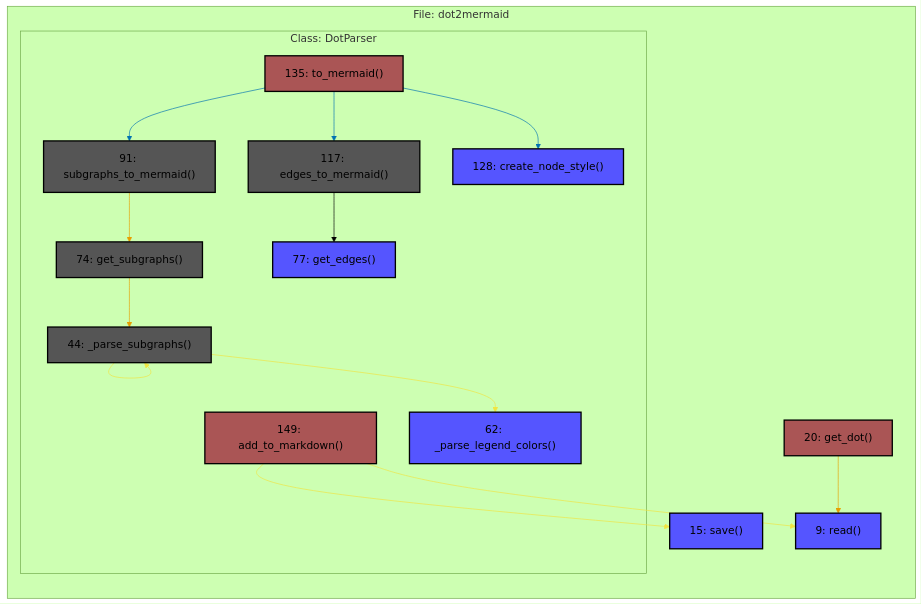
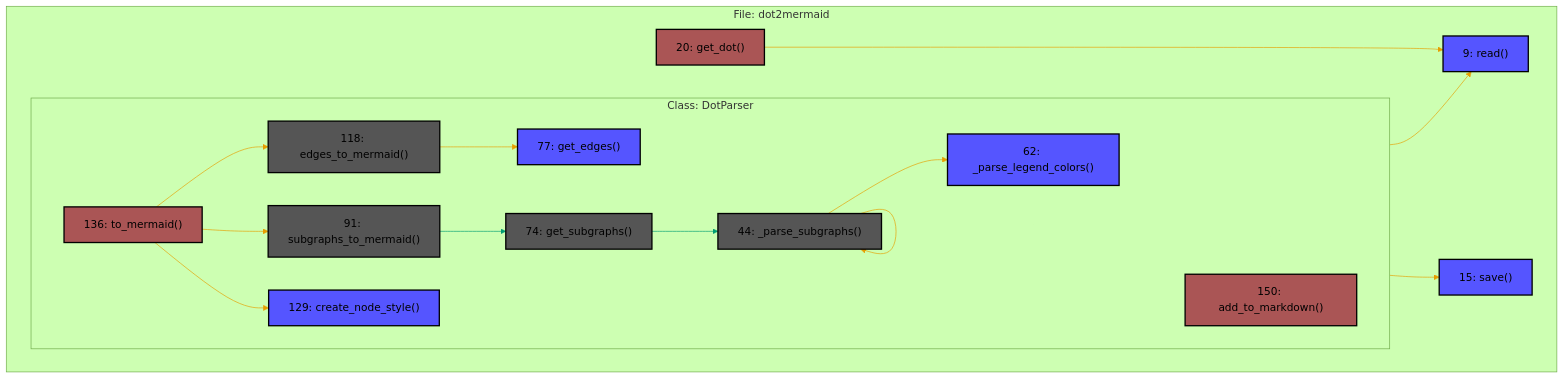
Before and after one commit to HoseynAAmiri/dot2mermaid: the diagram in README.md, drawn with Mermaid (forest theme). The commit also changed 2 other files, not shown here.

Commit message:
init package

````diff
--- a/README.md
+++ b/README.md
@@ -33,60 +33,62 @@
 ```mermaid
 graph LR
     %% Subgraphs
     subgraph File: dot2mermaid
+        direction LR
         subgraph Class: DotParser
-            node_eb797174["62: _parse_legend_colors()"]:::leaf
-            node_1c8038fc["44: _parse_subgraphs()"]:::filled
-            node_3f7b9c44["149: add_to_markdown()"]:::trunk
-            node_f9f1c152["128: create_node_style()"]:::leaf
-            node_3208e0e0["117: edges_to_mermaid()"]:::filled
-            node_801bb883["77: get_edges()"]:::leaf
-            node_f0610ee1["74: get_subgraphs()"]:::filled
-            node_591e81b1["91: subgraphs_to_mermaid()"]:::filled
-            node_97d1ba45["135: to_mermaid()"]:::trunk
+                direction LR
+                node_22df8e62["62: _parse_legend_colors()"]:::leaf
+                node_5f8b35b1["44: _parse_subgraphs()"]:::filled
+                node_5497ea49["150: add_to_markdown()"]:::trunk
+                node_02ca0a3f["129: create_node_style()"]:::leaf
+                node_51d03dd9["118: edges_to_mermaid()"]:::filled
+                node_16523e49["77: get_edges()"]:::leaf
+                node_5c227bbb["74: get_subgraphs()"]:::filled
+                node_d13d141b["91: subgraphs_to_mermaid()"]:::filled
+                node_2dadf109["136: to_mermaid()"]:::trunk
         end
-        node_eb797174["62: _parse_legend_colors()"]:::leaf
-        node_1c8038fc["44: _parse_subgraphs()"]:::filled
-        node_3f7b9c44["149: add_to_markdown()"]:::trunk
-        node_f9f1c152["128: create_node_style()"]:::leaf
-        node_3208e0e0["117: edges_to_mermaid()"]:::filled
-        node_801bb883["77: get_edges()"]:::leaf
-        node_f0610ee1["74: get_subgraphs()"]:::filled
-        node_591e81b1["91: subgraphs_to_mermaid()"]:::filled
-        node_97d1ba45["135: to_mermaid()"]:::trunk
-        node_74fde869["20: get_dot()"]:::trunk
-        node_a7893f35["9: read()"]:::leaf
-        node_9f9b9383["15: save()"]:::leaf
+        node_22df8e62["62: _parse_legend_colors()"]:::leaf
+        node_5f8b35b1["44: _parse_subgraphs()"]:::filled
+        node_5497ea49["150: add_to_markdown()"]:::trunk
+        node_02ca0a3f["129: create_node_style()"]:::leaf
+        node_51d03dd9["118: edges_to_mermaid()"]:::filled
+        node_16523e49["77: get_edges()"]:::leaf
+        node_5c227bbb["74: get_subgraphs()"]:::filled
+        node_d13d141b["91: subgraphs_to_mermaid()"]:::filled
+        node_2dadf109["136: to_mermaid()"]:::trunk
+        node_961733e1["20: get_dot()"]:::trunk
+        node_067f6587["9: read()"]:::leaf
+        node_873f0360["15: save()"]:::leaf
     end
 
     %% Edges
-    node_1c8038fc --> node_eb797174
-    node_1c8038fc --> node_1c8038fc
-    node_3f7b9c44 --> node_a7893f35
-    node_3f7b9c44 --> node_9f9b9383
-    node_3208e0e0 --> node_801bb883
-    node_f0610ee1 --> node_1c8038fc
-    node_591e81b1 --> node_f0610ee1
-    node_97d1ba45 --> node_f9f1c152
-    node_97d1ba45 --> node_3208e0e0
-    node_97d1ba45 --> node_591e81b1
-    node_74fde869 --> node_a7893f35
+    node_5f8b35b1 --> node_22df8e62
+    node_5f8b35b1 --> node_5f8b35b1
+    node_5497ea49 --> node_067f6587
+    node_5497ea49 --> node_873f0360
+    node_51d03dd9 --> node_16523e49
+    node_5c227bbb --> node_5f8b35b1
+    node_d13d141b --> node_5c227bbb
+    node_2dadf109 --> node_02ca0a3f
+    node_2dadf109 --> node_51d03dd9
+    node_2dadf109 --> node_d13d141b
+    node_961733e1 --> node_067f6587
 
     %% Edge styles
-    linkStyle 0 stroke:#F0E442
-    linkStyle 1 stroke:#F0E442
-    linkStyle 2 stroke:#F0E442
-    linkStyle 3 stroke:#F0E442
-    linkStyle 4 stroke:#000000
-    linkStyle 5 stroke:#E69F00
-    linkStyle 6 stroke:#E69F00
-    linkStyle 7 stroke:#0072B2
-    linkStyle 8 stroke:#0072B2
-    linkStyle 9 stroke:#0072B2
+    linkStyle 0 stroke:#E69F00
+    linkStyle 1 stroke:#E69F00
+    linkStyle 2 stroke:#E69F00
+    linkStyle 3 stroke:#E69F00
+    linkStyle 4 stroke:#E69F00
+    linkStyle 5 stroke:#009E73
+    linkStyle 6 stroke:#009E73
+    linkStyle 7 stroke:#E69F00
+    linkStyle 8 stroke:#E69F00
+    linkStyle 9 stroke:#E69F00
     linkStyle 10 stroke:#E69F00
 
     %% Node styles
     classDef filled fill:#555555,stroke:#000000,stroke-width:2px;
     classDef leaf fill:#5555FF,stroke:#000000,stroke-width:2px;
     classDef trunk fill:#AA5555,stroke:#000000,stroke-width:2px;
 ```
````
